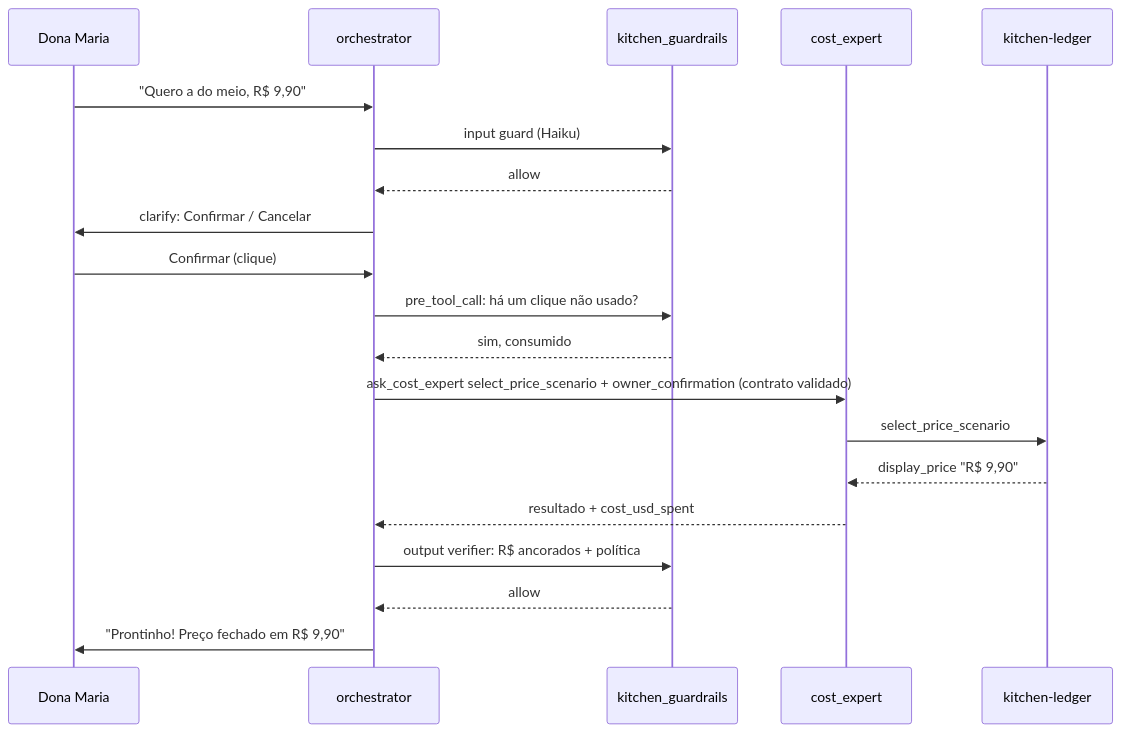
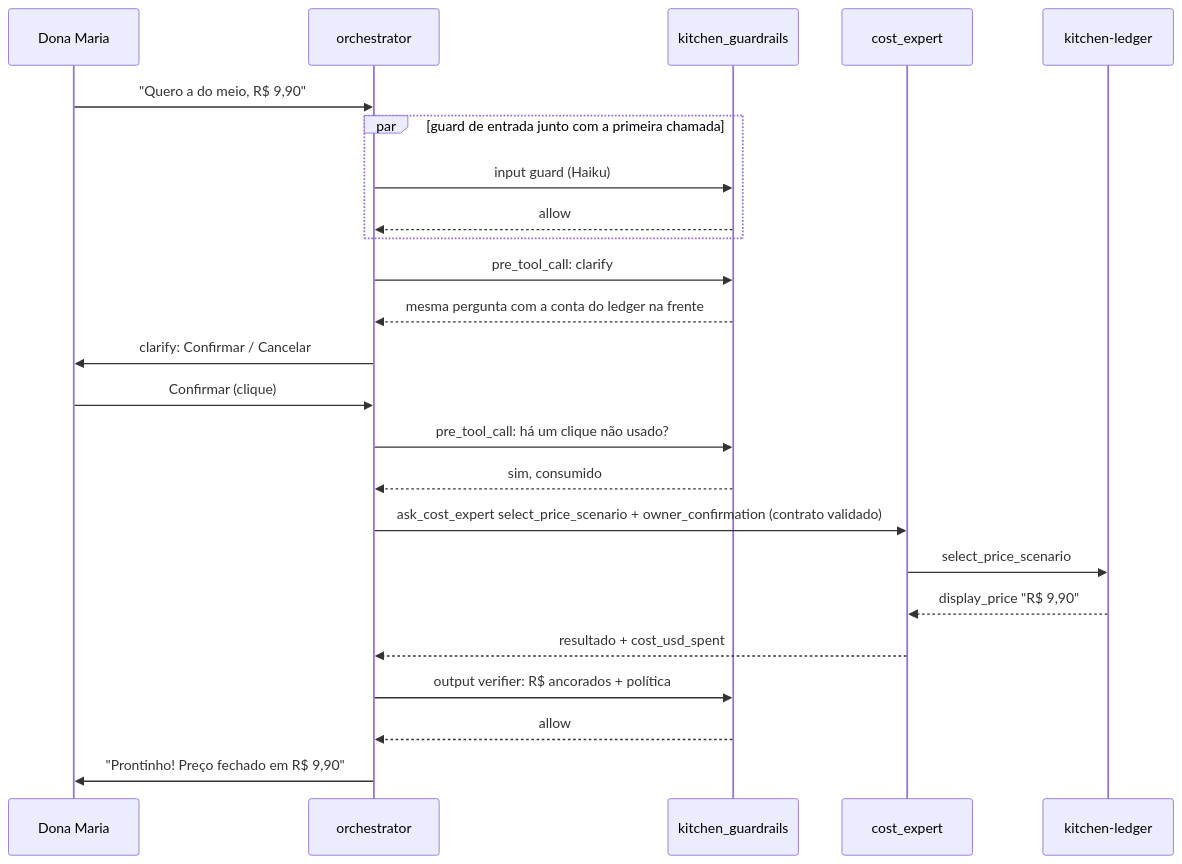
One commit to LawsonOliveira/kitchen-assistant changed the second of 2 diagrams in README.md. Above: the diagram before and after it, drawn with Mermaid. The commit also changed other lines of this file, not shown here.

First line of the commit message:
docs: the turn diagram and the command table match the system

````diff
--- a/README.md
+++ b/README.md
@@ -89,22 +98,26 @@
 ```mermaid
 sequenceDiagram
     participant M as Dona Maria
     participant F as orchestrator
     participant G as kitchen_guardrails
     participant C as cost_expert
     participant X as kitchen-ledger
     M->>F: "Quero a do meio, R$ 9,90"
-    F->>G: input guard (Haiku)
-    G-->>F: allow
+    par guard de entrada junto com a primeira chamada
+        F->>G: input guard (Haiku)
+        G-->>F: allow
+    end
+    F->>G: pre_tool_call: clarify
+    G-->>F: mesma pergunta com a conta do ledger na frente
     F->>M: clarify: Confirmar / Cancelar
     M->>F: Confirmar (clique)
     F->>G: pre_tool_call: há um clique não usado?
     G-->>F: sim, consumido
     F->>C: ask_cost_expert select_price_scenario + owner_confirmation (contrato validado)
     C->>X: select_price_scenario
     X-->>C: display_price "R$ 9,90"
     C-->>F: resultado + cost_usd_spent
     F->>G: output verifier: R$ ancorados + política
     G-->>F: allow
     F->>M: "Prontinho! Preço fechado em R$ 9,90"
 ```
````
